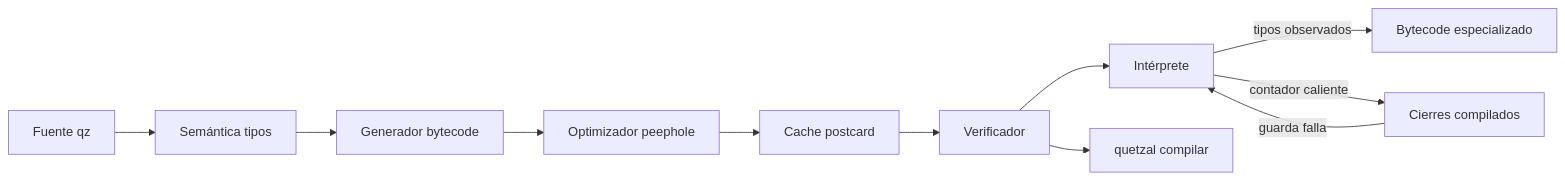
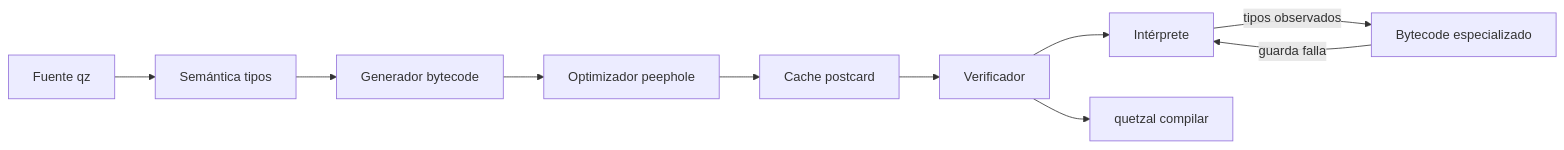
The eighth of 8 diagrams in definicion-lenguaje/arquitectura.md (AntaresGT/lenguaje-quetzal), drawn with Mermaid before and after one commit. The commit also changed other lines of this file and 6 other files, not shown here.

````diff
--- a/definicion-lenguaje/arquitectura.md
+++ b/definicion-lenguaje/arquitectura.md
@@ -364,13 +364,12 @@
 ```mermaid
 flowchart LR
     fuente[Fuente qz] --> semantica[Semántica tipos]
     semantica --> generador[Generador bytecode]
     generador --> optimizador[Optimizador peephole]
     optimizador --> cacheBin[Cache postcard]
     cacheBin --> verificador[Verificador]
     verificador --> interprete[Intérprete]
     interprete -->|"tipos observados"| especializado[Bytecode especializado]
-    interprete -->|"contador caliente"| cierres[Cierres compilados]
-    cierres -->|"guarda falla"| interprete
+    especializado -->|"guarda falla"| interprete
     verificador --> ejecutable["quetzal compilar"]
 ```
````
